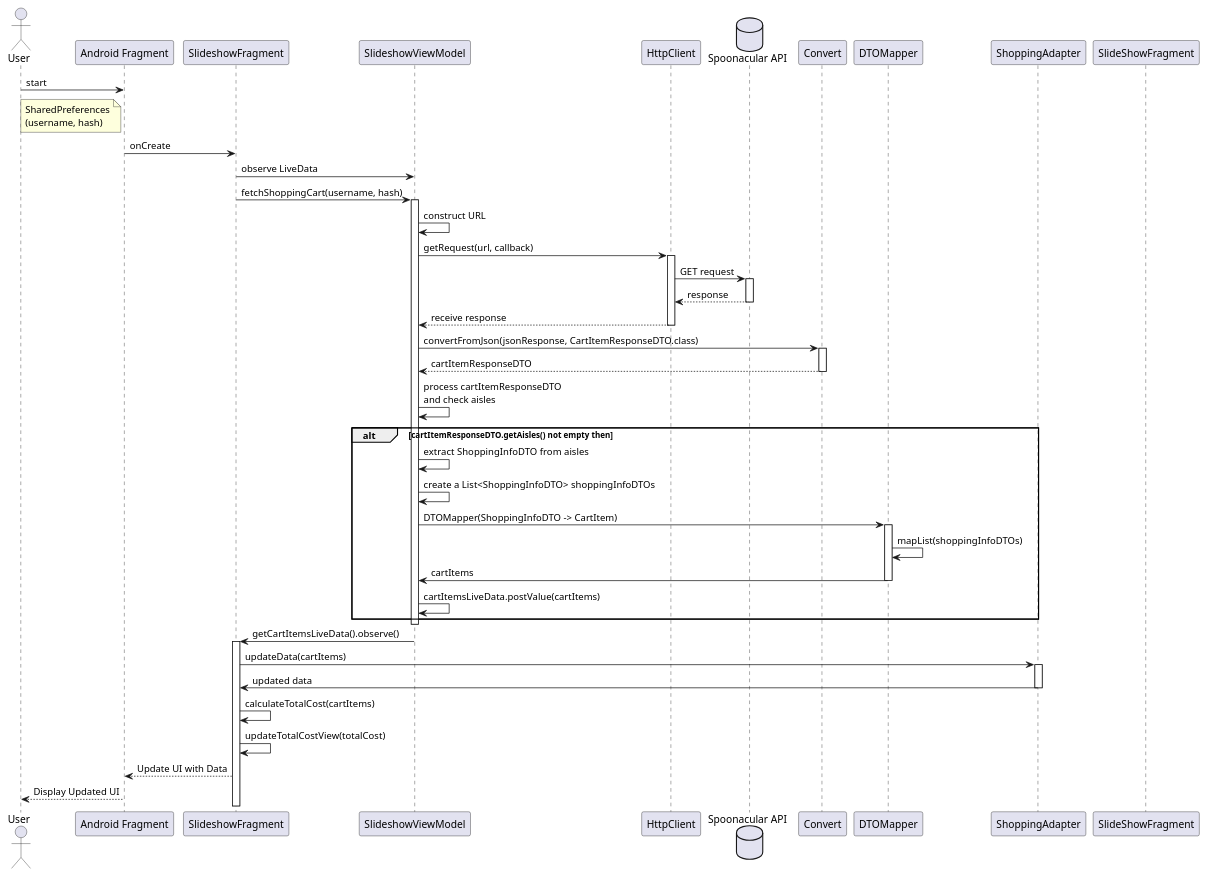
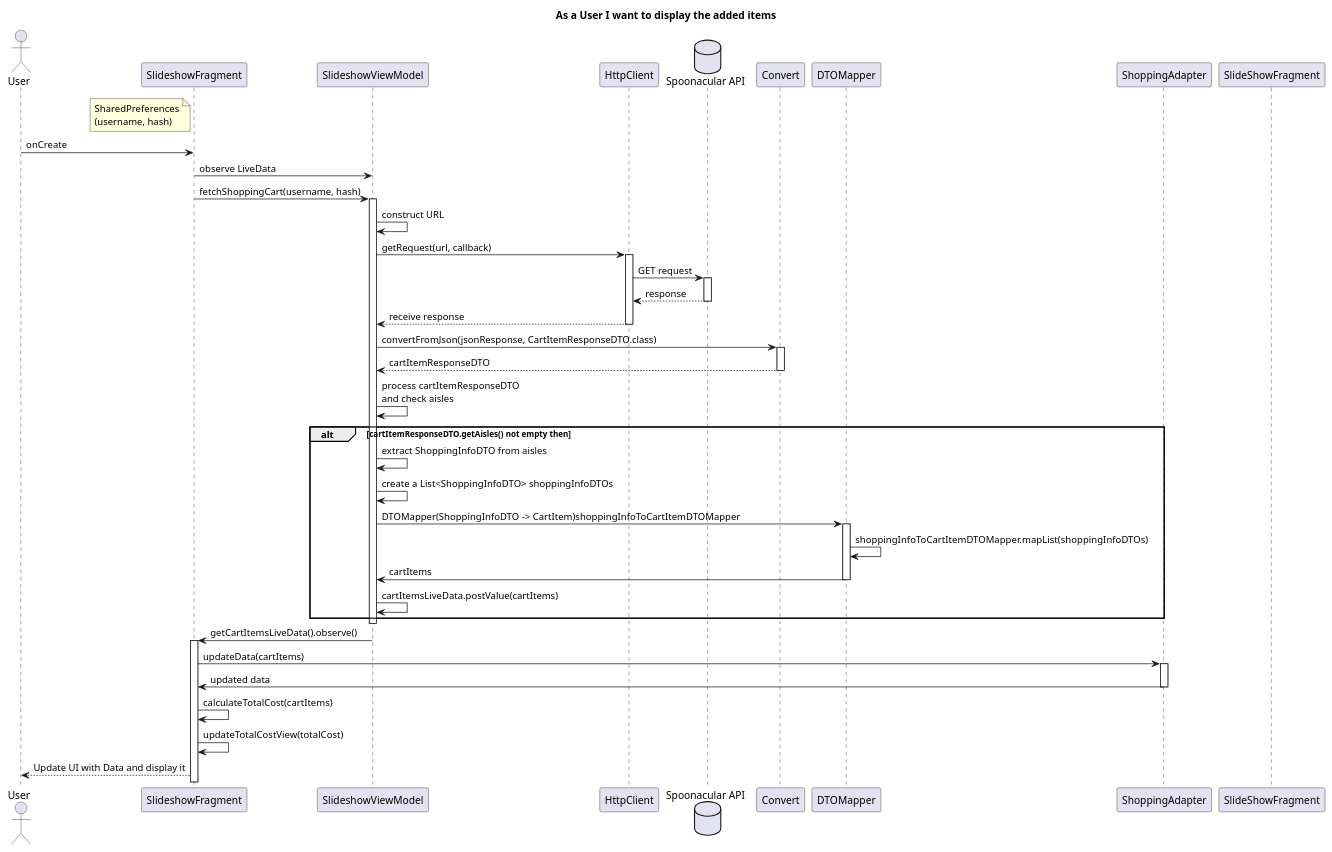
Before and after one commit to IsepMartimOliveira/DSSMV_ProjectDroid_1181754: the diagram in Documents/US/US06/SD.puml, drawn with PlantUML. The commit also changed 23 other files, not shown here.

```diff
--- a/Documents/US/US06/SD.puml
+++ b/Documents/US/US06/SD.puml
@@ -1,56 +1,56 @@
 @startuml
+title As a User I want to display the added items
+
 actor User as User
-participant "Android Fragment" as Fragment
+
 participant "SlideshowFragment" as SlideshowFragment
 participant "SlideshowViewModel" as SlideshowViewModel
 participant "HttpClient" as HttpClient
 database "Spoonacular API" as Server
 participant "Convert" as Convert
 participant "DTOMapper" as DTOMapper
 participant "ShoppingAdapter" as ShoppingAdapter
-User->Fragment:start
-Note left of Fragment: SharedPreferences\n(username, hash)
-Fragment->SlideshowFragment: onCreate
+Note left of SlideshowFragment: SharedPreferences\n(username, hash)
+User->SlideshowFragment: onCreate
 SlideshowFragment -> SlideshowViewModel: observe LiveData
 SlideshowFragment -> SlideshowViewModel: fetchShoppingCart(username, hash)
 activate SlideshowViewModel
 SlideshowViewModel -> SlideshowViewModel: construct URL
 SlideshowViewModel -> HttpClient: getRequest(url, callback)
 activate HttpClient
 HttpClient -> Server: GET request
 activate Server
 Server --> HttpClient:  response
 deactivate Server
 HttpClient --> SlideshowViewModel: receive response
 deactivate HttpClient
 SlideshowViewModel -> Convert: convertFromJson(jsonResponse, CartItemResponseDTO.class)
 activate Convert
 Convert --> SlideshowViewModel: cartItemResponseDTO
 deactivate Convert
 
 SlideshowViewModel -> SlideshowViewModel: process cartItemResponseDTO\nand check aisles
 alt cartItemResponseDTO.getAisles() not empty then
   SlideshowViewModel -> SlideshowViewModel: extract ShoppingInfoDTO from aisles
   SlideshowViewModel->SlideshowViewModel: create a List<ShoppingInfoDTO> shoppingInfoDTOs
-  SlideshowViewModel -> DTOMapper:  DTOMapper(ShoppingInfoDTO -> CartItem)
+  SlideshowViewModel -> DTOMapper:  DTOMapper(ShoppingInfoDTO -> CartItem)shoppingInfoToCartItemDTOMapper
   activate DTOMapper
-  DTOMapper -> DTOMapper: mapList(shoppingInfoDTOs)
+  DTOMapper -> DTOMapper: shoppingInfoToCartItemDTOMapper.mapList(shoppingInfoDTOs)
   DTOMapper -> SlideshowViewModel: cartItems
   deactivate DTOMapper
 SlideshowViewModel->SlideshowViewModel:cartItemsLiveData.postValue(cartItems)
 end if
 deactivate SlideshowViewModel
 
 SlideshowViewModel -> SlideshowFragment: getCartItemsLiveData().observe()
 activate SlideshowFragment
 SlideshowFragment -> ShoppingAdapter: updateData(cartItems)
 activate ShoppingAdapter
 ShoppingAdapter -> SlideshowFragment: updated data
 deactivate ShoppingAdapter
 SlideshowFragment -> SlideshowFragment: calculateTotalCost(cartItems)
 SlideshowFragment -> SlideshowFragment: updateTotalCostView(totalCost)
-SlideshowFragment --> Fragment: Update UI with Data
+SlideshowFragment --> User: Update UI with Data and display it
 deactivate SlideShowFragment
-Fragment --> User: Display Updated UI
 
 @enduml
```
